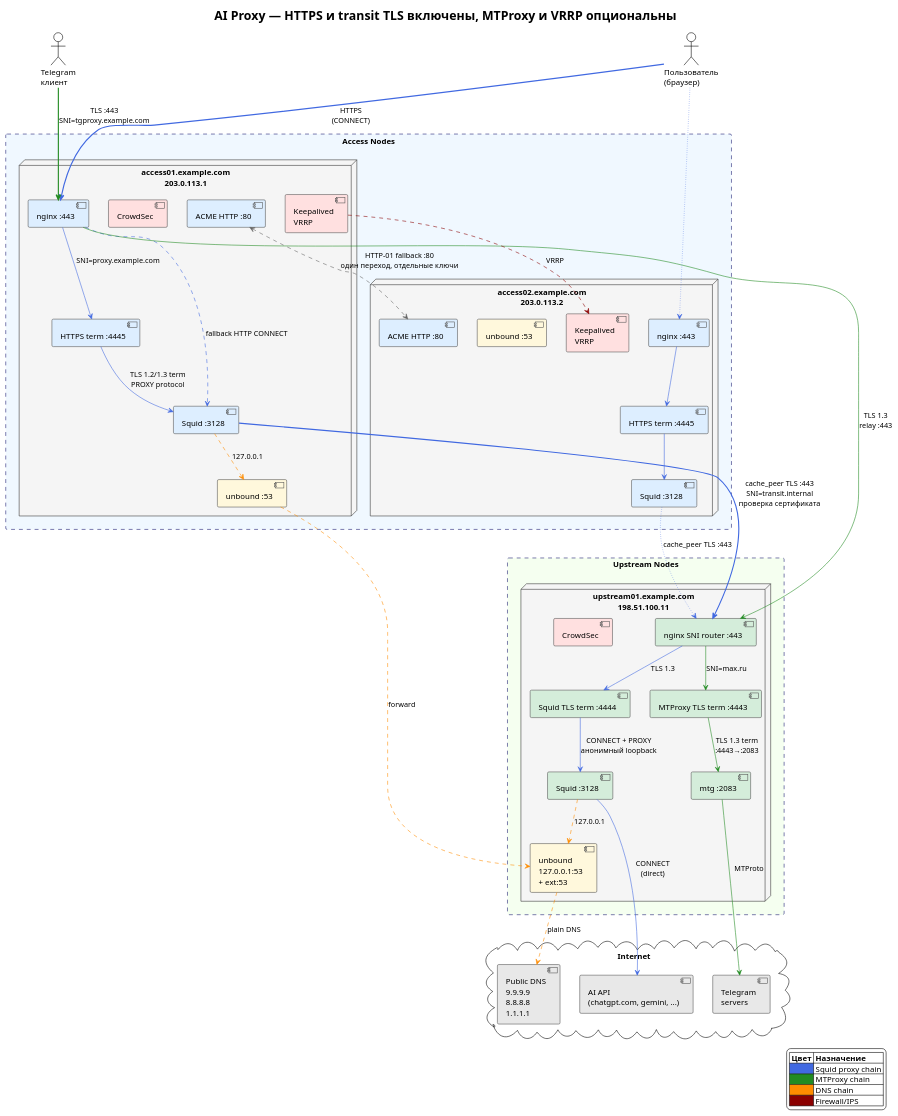
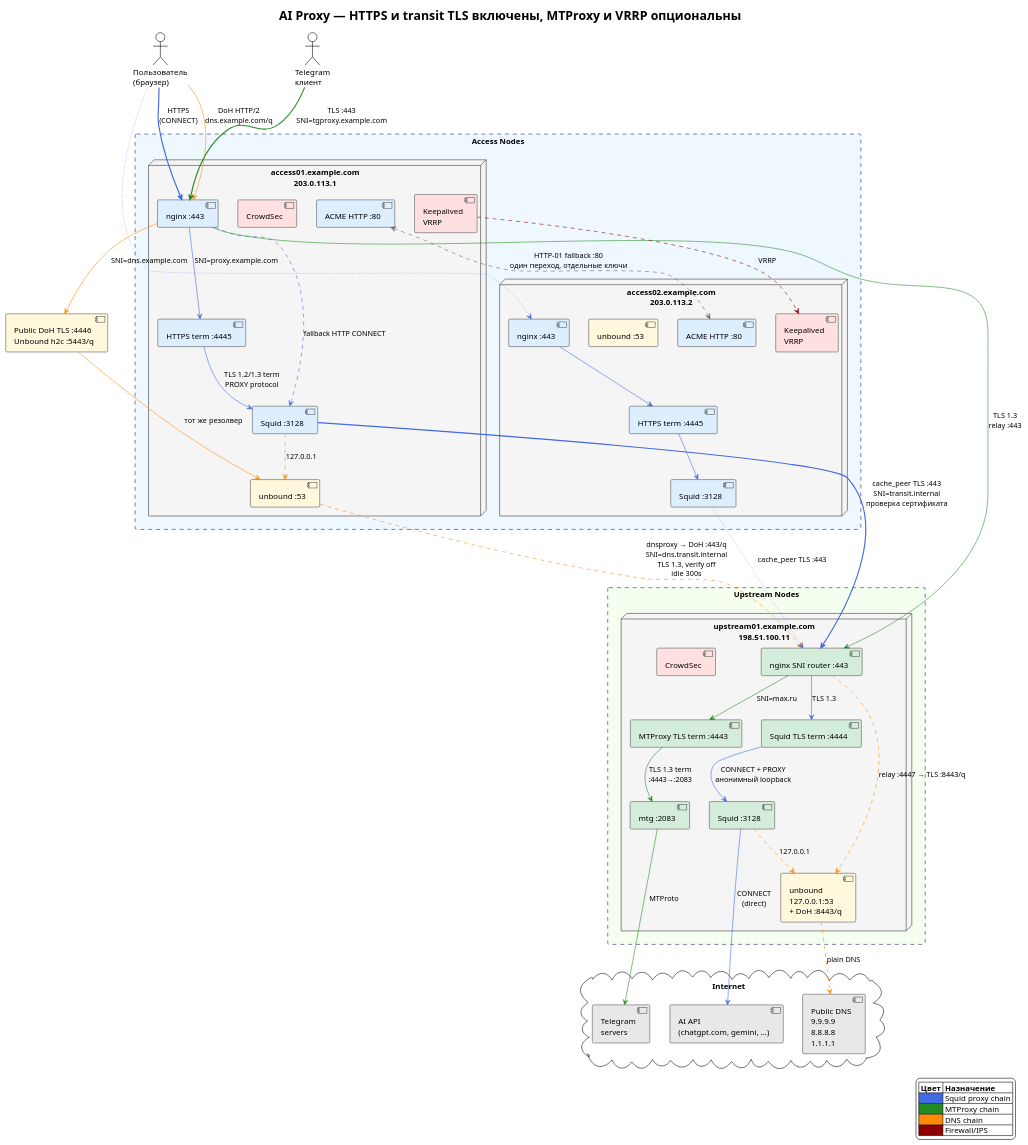
Before and after one commit to demofly/ai-proxy: the diagram in Servers/deploy/diagrams/README-deployment.puml, drawn with PlantUML. The commit also changed 84 other files, not shown here.

Commit message:
feat(dns): deploy persistent TLS 1.3 DoH and dual-IP public resolvers

```diff
--- a/Servers/deploy/diagrams/README-deployment.puml
+++ b/Servers/deploy/diagrams/README-deployment.puml
@@ -1,107 +1,112 @@
 @startuml
 !theme plain
 top to bottom direction
 title AI Proxy — HTTPS и transit TLS включены, MTProxy и VRRP опциональны
 
 skinparam node {
     BackgroundColor #F5F5F5
     BorderColor #333333
 }
 skinparam component {
     BackgroundColor #E8E8E8
     BorderColor #555555
 }
 skinparam rectangle {
     BorderColor #191970
     BorderStyle dashed
 }
 skinparam arrow {
     Color #333333
 }
 
 ' Легенда
 legend right
   |= Цвет |= Назначение |
   | <#4169E1> | Squid proxy chain |
   | <#228B22> | MTProxy chain |
   | <#FF8C00> | DNS chain |
   | <#8B0000> | Firewall/IPS |
 endlegend
 
 cloud "Internet" as inet {
     [AI API\n(chatgpt.com, gemini, ...)] as aiapi
     [Telegram\nservers] as tgsrv
     [Public DNS\n9.9.9.9\n8.8.8.8\n1.1.1.1] as pubdns
 }
 
 actor "Пользователь\n(браузер)" as user
 actor "Telegram\nклиент" as tguser
 
 rectangle "Access Nodes" as access_zone #F0F8FF {
     node "access01.example.com\n203.0.113.1" as access01 {
         component "nginx :443" as acc_nginx #DDEEFF {
         }
         component "HTTPS term :4445" as acc_https #DDEEFF
         component "ACME HTTP :80" as acc_acme #DDEEFF
         component "Squid :3128" as acc_squid #DDEEFF
         component "unbound :53" as acc_dns #FFF8DC
         component "Keepalived\nVRRP" as acc_ka #FFE0E0
         component "CrowdSec" as acc_cs #FFE0E0
     }
 
     node "access02.example.com\n203.0.113.2" as access02 {
         component "nginx :443" as acc2_nginx #DDEEFF
         component "HTTPS term :4445" as acc2_https #DDEEFF
         component "ACME HTTP :80" as acc2_acme #DDEEFF
         component "Squid :3128" as acc2_squid #DDEEFF
         component "unbound :53" as acc2_dns #FFF8DC
         component "Keepalived\nVRRP" as acc2_ka #FFE0E0
     }
 }
 
 rectangle "Upstream Nodes" as upstream_zone #F5FFF0 {
     node "upstream01.example.com\n198.51.100.11" as upstream01 {
         component "nginx SNI router :443" as up_nginx #D4EDDA
         component "Squid TLS term :4444" as up_tls #D4EDDA
         component "MTProxy TLS term :4443" as up_mt_tls #D4EDDA
         component "Squid :3128" as up_squid #D4EDDA
         component "mtg :2083" as up_mtg #D4EDDA
-        component "unbound\n127.0.0.1:53\n+ ext:53" as up_dns #FFF8DC
+        component "unbound\n127.0.0.1:53\n+ DoH :8443/q" as up_dns #FFF8DC
         component "CrowdSec" as up_cs #FFE0E0
     }
 }
 
 ' === Squid proxy chain (blue) ===
 user -[#4169E1,bold]-> acc_nginx : HTTPS\n(CONNECT)
 acc_nginx -[#4169E1]-> acc_https : SNI=proxy.example.com
 acc_https -[#4169E1]-> acc_squid : TLS 1.2/1.3 term\nPROXY protocol
 acc_nginx -[#4169E1,dashed]-> acc_squid : fallback HTTP CONNECT
 acc_squid -[#4169E1,bold]-> up_nginx : cache_peer TLS :443\nSNI=transit.internal\nпроверка сертификата
 up_nginx -[#4169E1]-> up_tls : TLS 1.3
 up_tls -[#4169E1]-> up_squid : CONNECT + PROXY\nанонимный loopback
 up_squid -[#4169E1]-> aiapi : CONNECT\n(direct)
 
 ' === MTProxy chain (green) ===
 tguser -[#228B22,bold]-> acc_nginx : TLS :443\nSNI=tgproxy.example.com
 acc_nginx -[#228B22]-> up_nginx : TLS 1.3\nrelay :443
 up_nginx -[#228B22]-> up_mt_tls : SNI=max.ru
 up_mt_tls -[#228B22]-> up_mtg : TLS 1.3 term\n:4443→:2083
 up_mtg -[#228B22]-> tgsrv : MTProto
 
+component "Public DoH TLS :4446\nUnbound h2c :5443/q" as acc_doh #FFF8DC
+user -[#FF8C00]-> acc_nginx : DoH HTTP/2\ndns.example.com/q
+acc_nginx -[#FF8C00]-> acc_doh : SNI=dns.example.com
+acc_doh -[#FF8C00]-> acc_dns : тот же резолвер
 ' === DNS chain (orange) ===
 acc_squid -[#FF8C00,dashed]-> acc_dns : 127.0.0.1
-acc_dns -[#FF8C00,dashed]-> up_dns : forward
+acc_dns -[#FF8C00,dashed]-> up_nginx : dnsproxy → DoH :443/q\nSNI=dns.transit.internal\nTLS 1.3, verify off\nidle 300s
+up_nginx -[#FF8C00,dashed]-> up_dns : relay :4447 → TLS :8443/q
 up_squid -[#FF8C00,dashed]-> up_dns : 127.0.0.1
 up_dns -[#FF8C00,dashed]-> pubdns : plain DNS
 
 ' === Second access node (simplified) ===
 user -[#4169E1,dotted]-> acc2_nginx
 acc2_nginx -[#4169E1]-> acc2_https
 acc2_https -[#4169E1]-> acc2_squid
 acc2_squid -[#4169E1,dotted]-> up_nginx : cache_peer TLS :443
 acc_acme <.[#666666].> acc2_acme : HTTP-01 fallback :80\nодин переход, отдельные ключи
 
 ' Keepalived
 acc_ka .[#8B0000].> acc2_ka : VRRP
 
 @enduml
```
